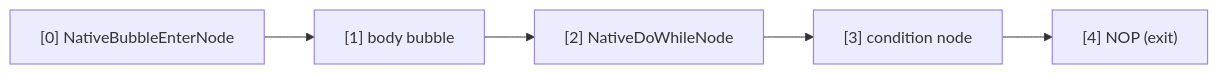
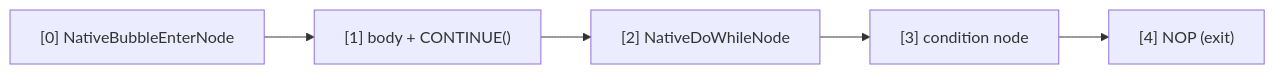
One commit to AmritaBot/AmritaSense changed the fourth of 4 diagrams in docs/guide/advanced/native_control_flow.md. Above: the diagram before and after it, drawn with Mermaid. The commit also changed other lines of this file and 102 other files, not shown here.

````diff
--- a/docs/guide/advanced/native_control_flow.md
+++ b/docs/guide/advanced/native_control_flow.md
@@ -174,9 +165,9 @@
 ```mermaid
 graph LR
     enter["[0] NativeBubbleEnterNode"]
-    body["[1] body bubble"]
+    body["[1] body + CONTINUE()"]
     do["[2] NativeDoWhileNode"]
     cond["[3] condition node"]
     nop["[4] NOP (exit)"]
     enter --> body --> do --> cond --> nop
 ```
````
